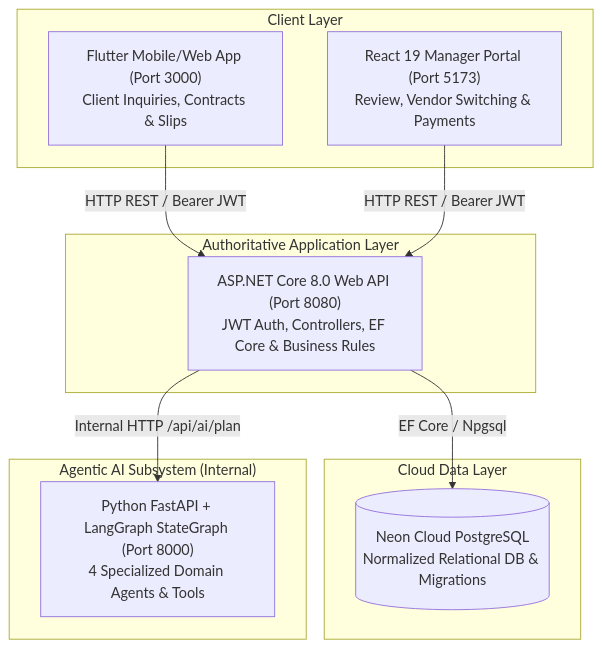
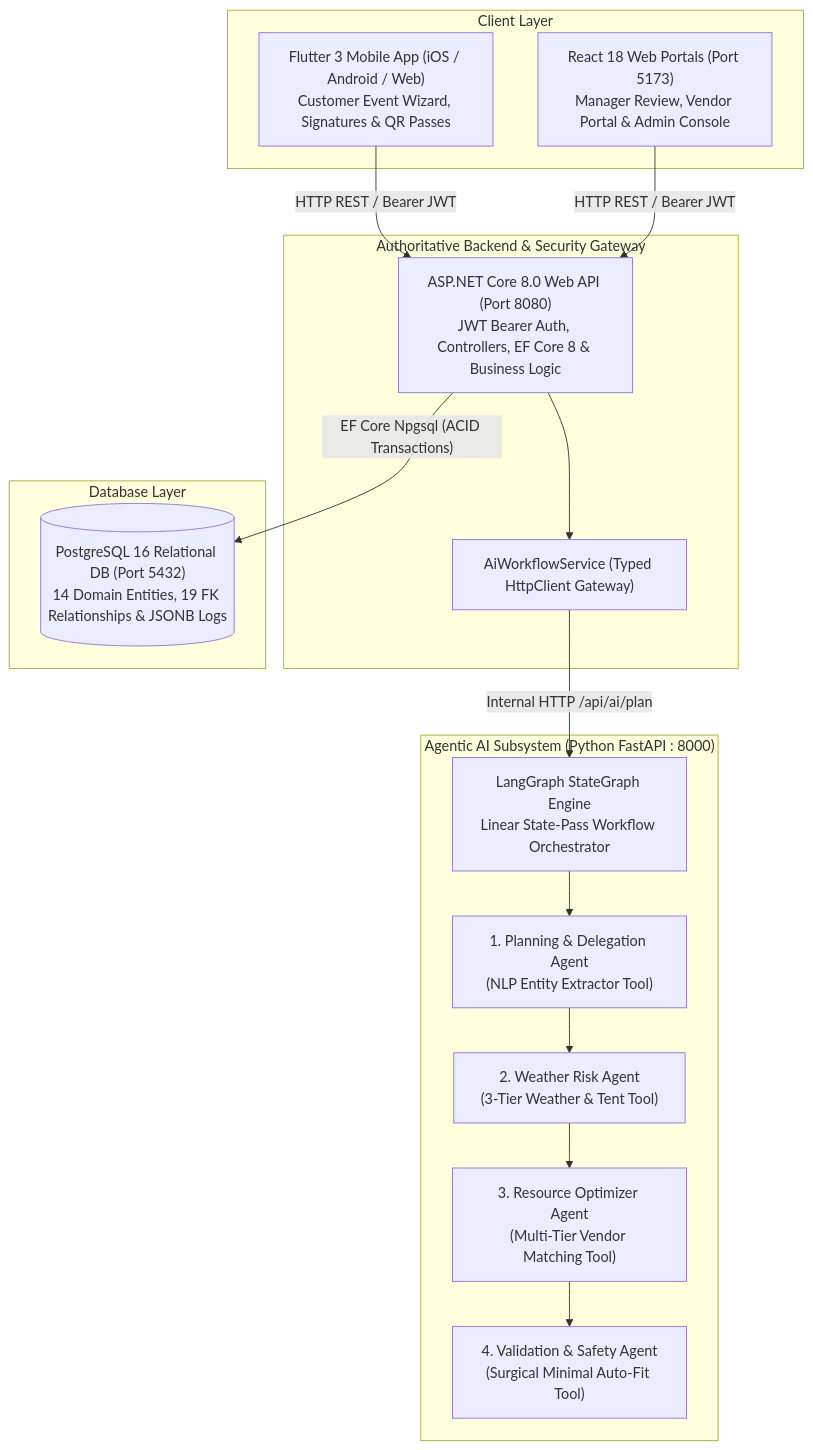
Before and after one commit to gayax000/EventManagementProject: the first of 2 diagrams in README.md, drawn with Mermaid. The commit also changed other lines of this file and 4 other files, not shown here.

````diff
--- a/README.md
+++ b/README.md
@@ -48,24 +45,31 @@
 ```mermaid
 flowchart TD
     subgraph Clients["Client Layer"]
-        C1["Flutter Mobile/Web App (Port 3000)<br/>Client Inquiries, Contracts & Slips"]
-        C2["React 19 Manager Portal (Port 5173)<br/>Review, Vendor Switching & Payments"]
+        C1["Flutter 3 Mobile App (iOS / Android / Web)<br/>Customer Event Wizard, Signatures & QR Passes"]
+        C2["React 18 Web Portals (Port 5173)<br/>Manager Review, Vendor Portal & Admin Console"]
     end
 
-    subgraph Backend["Authoritative Application Layer"]
-        API["ASP.NET Core 8.0 Web API (Port 8080)<br/>JWT Auth, Controllers, EF Core & Business Rules"]
+    subgraph Gateway["Authoritative Backend & Security Gateway"]
+        API["ASP.NET Core 8.0 Web API (Port 8080)<br/>JWT Bearer Auth, Controllers, EF Core 8 & Business Logic"]
+        AIGW["AiWorkflowService (Typed HttpClient Gateway)"]
     end
 
-    subgraph Persistence["Cloud Data Layer"]
-        DB[("Neon Cloud PostgreSQL<br/>Normalized Relational DB & Migrations")]
+    subgraph Persistence["Database Layer"]
+        DB[("PostgreSQL 16 Relational DB (Port 5432)<br/>14 Domain Entities, 19 FK Relationships & JSONB Logs")]
     end
 
-    subgraph AI["Agentic AI Subsystem (Internal)"]
-        LG["Python FastAPI + LangGraph StateGraph (Port 8000)<br/>4 Specialized Domain Agents & Tools"]
+    subgraph AISubsystem["Agentic AI Subsystem (Python FastAPI : 8000)"]
+        LG["LangGraph StateGraph Engine<br/>Linear State-Pass Workflow Orchestrator"]
+        A1["1. Planning & Delegation Agent<br/>(NLP Entity Extractor Tool)"]
+        A2["2. Weather Risk Agent<br/>(3-Tier Weather & Tent Tool)"]
+        A3["3. Resource Optimizer Agent<br/>(Multi-Tier Vendor Matching Tool)"]
+        A4["4. Validation & Safety Agent<br/>(Surgical Minimal Auto-Fit Tool)"]
     end
 
     C1 -- "HTTP REST / Bearer JWT" --> API
     C2 -- "HTTP REST / Bearer JWT" --> API
-    API -- "EF Core / Npgsql" --> DB
-    API -- "Internal HTTP /api/ai/plan" --> LG
+    API -- "EF Core Npgsql (ACID Transactions)" --> DB
+    API --> AIGW
+    AIGW -- "Internal HTTP /api/ai/plan" --> LG
+    LG --> A1 --> A2 --> A3 --> A4
 ```
````
